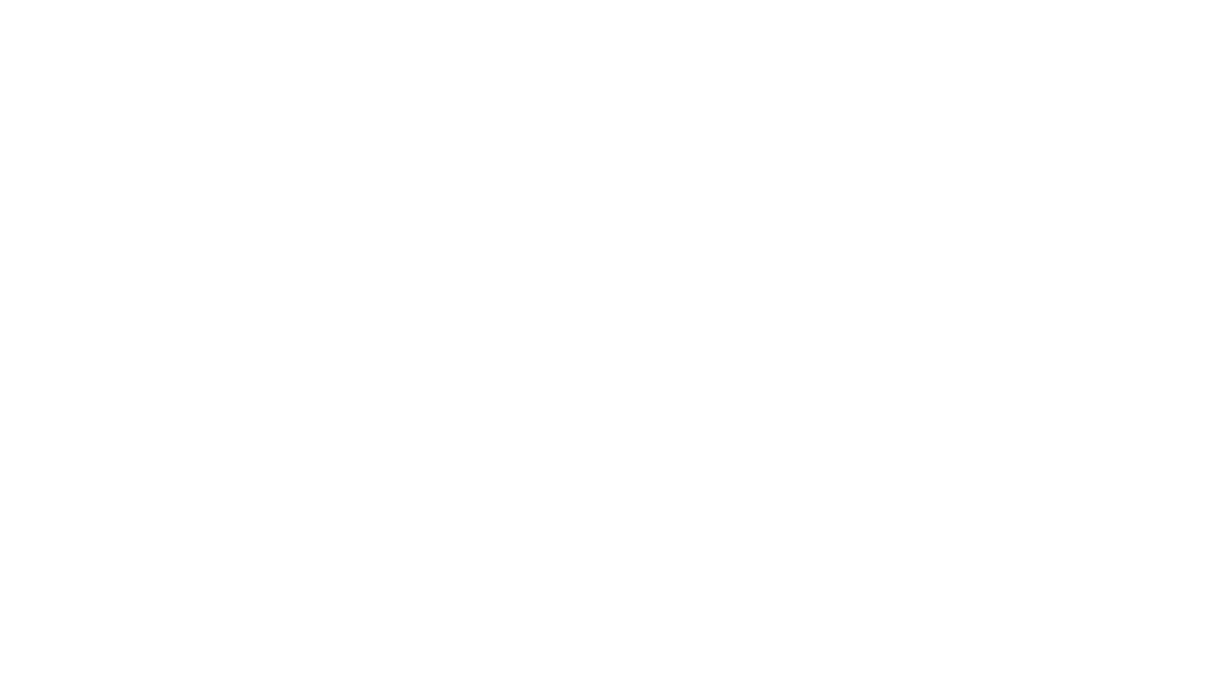
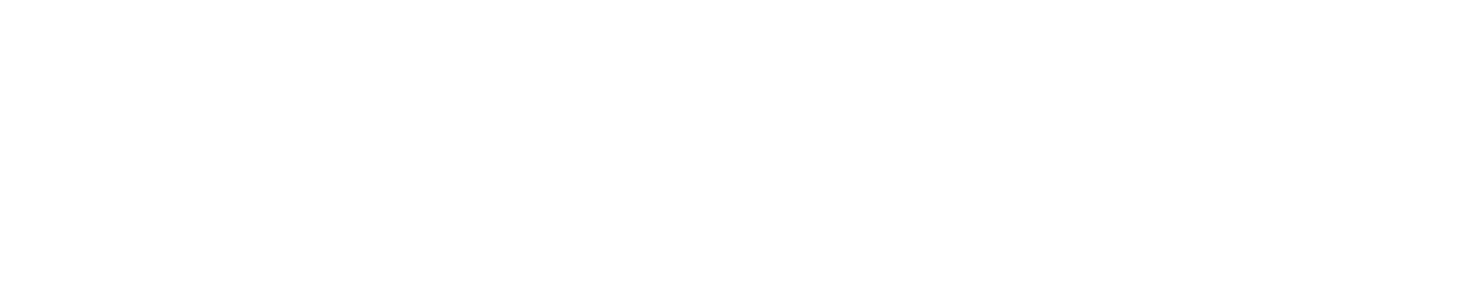
The diagram in GO/Visualisation/test_leftright.dot (Cherrett/DFA-Learning-Toolkit), drawn with Graphviz before and after one commit. The commit also changed 21 other files, not shown here.

```diff
--- a/GO/Visualisation/test_leftright.dot
+++ b/GO/Visualisation/test_leftright.dot
@@ -1,26 +1,22 @@
 digraph g{
 	rankdir=LR;
 	graph [dpi=300 ordering="out"];
 	margin=0;
 	null [style=invis];
-	q0 [label="q0" shape="circle" fontname=verdana fontsize=8 color="black" fontcolor="black" style="filled" fillcolor="white"];
+	q0 [label="q0" shape="circle" fontname=verdana fontsize=8 color="black" fontcolor="black" style="setlinewidth(3),filled" fillcolor="white"];
 	q1 [label="q1" shape="circle" peripheries=2 fontname=verdana fontsize=8 color="black" fontcolor="black" style="filled" fillcolor="white"];
-	q2 [label="q2" shape="circle" peripheries=2 fontname=verdana fontsize=8 color="black" fontcolor="black" style="filled" fillcolor="white"];
-	q3 [label="q3" shape="circle" fontname=verdana fontsize=8 color="black" fontcolor="black" style="filled" fillcolor="white"];
-	q4 [label="q4" shape="circle" fontname=verdana fontsize=8 color="black" fontcolor="black" style="filled" fillcolor="white"];
-	q5 [label="q5" shape="circle" peripheries=2 fontname=verdana fontsize=8 color="black" fontcolor="black" style="filled" fillcolor="white"];
-	q6 [label="q6" shape="circle" fontname=verdana fontsize=8 color="black" fontcolor="black" style="filled" fillcolor="white"];
+	q2 [label="q2" shape="circle" fontname=verdana fontsize=8 color="black" fontcolor="black" style="setlinewidth(3),filled" fillcolor="white"];
+	q3 [label="q3" shape="circle" peripheries=2 fontname=verdana fontsize=8 color="black" fontcolor="black" style="filled" fillcolor="white"];
+	q4 [label="q4" shape="circle" fontname=verdana fontsize=8 color="black" fontcolor="black" style="setlinewidth(3),filled" fillcolor="white"];
+	q5 [label="q5" shape="circle" fontname=verdana fontsize=8 color="black" fontcolor="black" style="filled" fillcolor="white"];
+	q6 [label="q6" shape="circle" fontname=verdana fontsize=8 color="black" fontcolor="black" style="setlinewidth(3),filled" fillcolor="white"];
 	q7 [label="q7" shape="circle" peripheries=2 fontname=verdana fontsize=8 color="black" fontcolor="black" style="filled" fillcolor="white"];
-	q8 [label="q8" shape="circle" peripheries=2 fontname=verdana fontsize=8 color="black" fontcolor="black" style="filled" fillcolor="white"];
-	q9 [label="q9" shape="circle" fontname=verdana fontsize=8 color="black" fontcolor="black" style="setlinewidth(3),filled" fillcolor="white"];
 	null->q0;
-	q0->q1 [label="b" fontname=verdana fontsize=8];
-	q0->q3 [label="a" fontname=verdana fontsize=8];
-	q1->q2 [label="b" fontname=verdana fontsize=8];
-	q2->q8 [label="b" fontname=verdana fontsize=8];
-	q2->q9 [label="a" fontname=verdana fontsize=8];
-	q3->q6 [label="b" fontname=verdana fontsize=8];
-	q3->q4 [label="a" fontname=verdana fontsize=8];
-	q4->q5 [label="b" fontname=verdana fontsize=8];
-	q6->q7 [label="a" fontname=verdana fontsize=8];
+	q0->q1 [label="a" fontname=verdana fontsize=8];
+	q0->q2 [label="b" fontname=verdana fontsize=8];
+	q1->q5 [label="b" fontname=verdana fontsize=8];
+	q2->q3 [label="b" fontname=verdana fontsize=8];
+	q3->q4 [label="b" fontname=verdana fontsize=8];
+	q4->q7 [label="b" fontname=verdana fontsize=8];
+	q5->q6 [label="b" fontname=verdana fontsize=8];
 }
```
